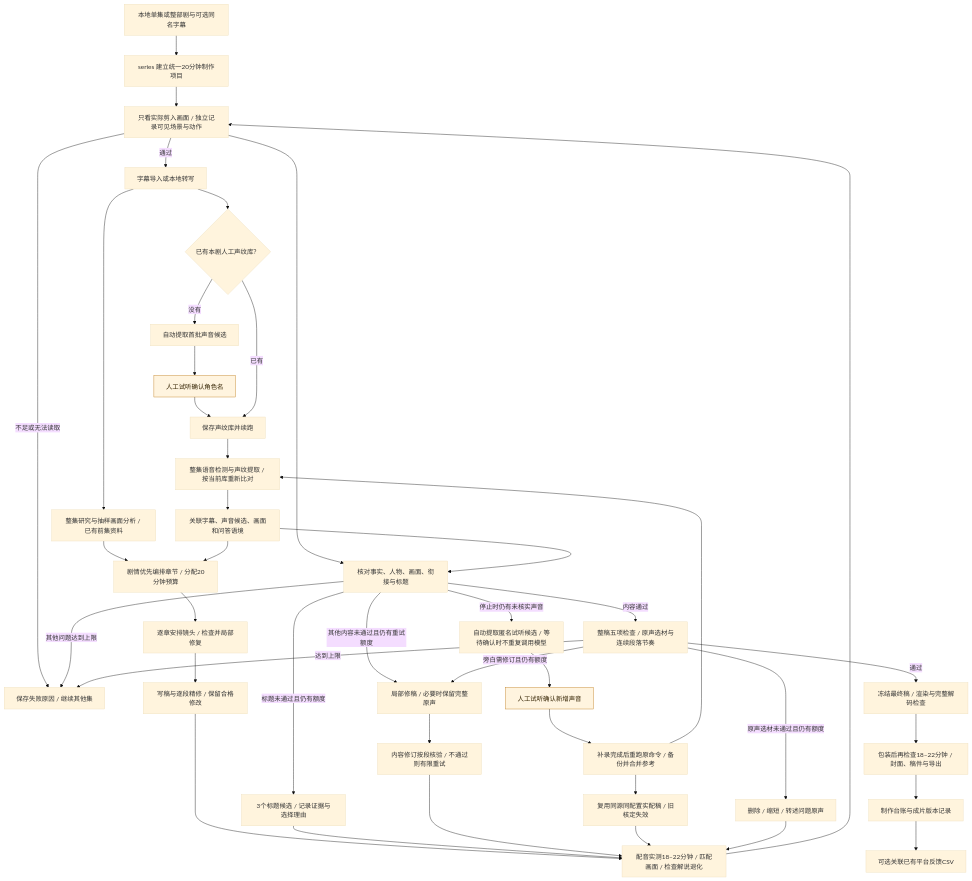
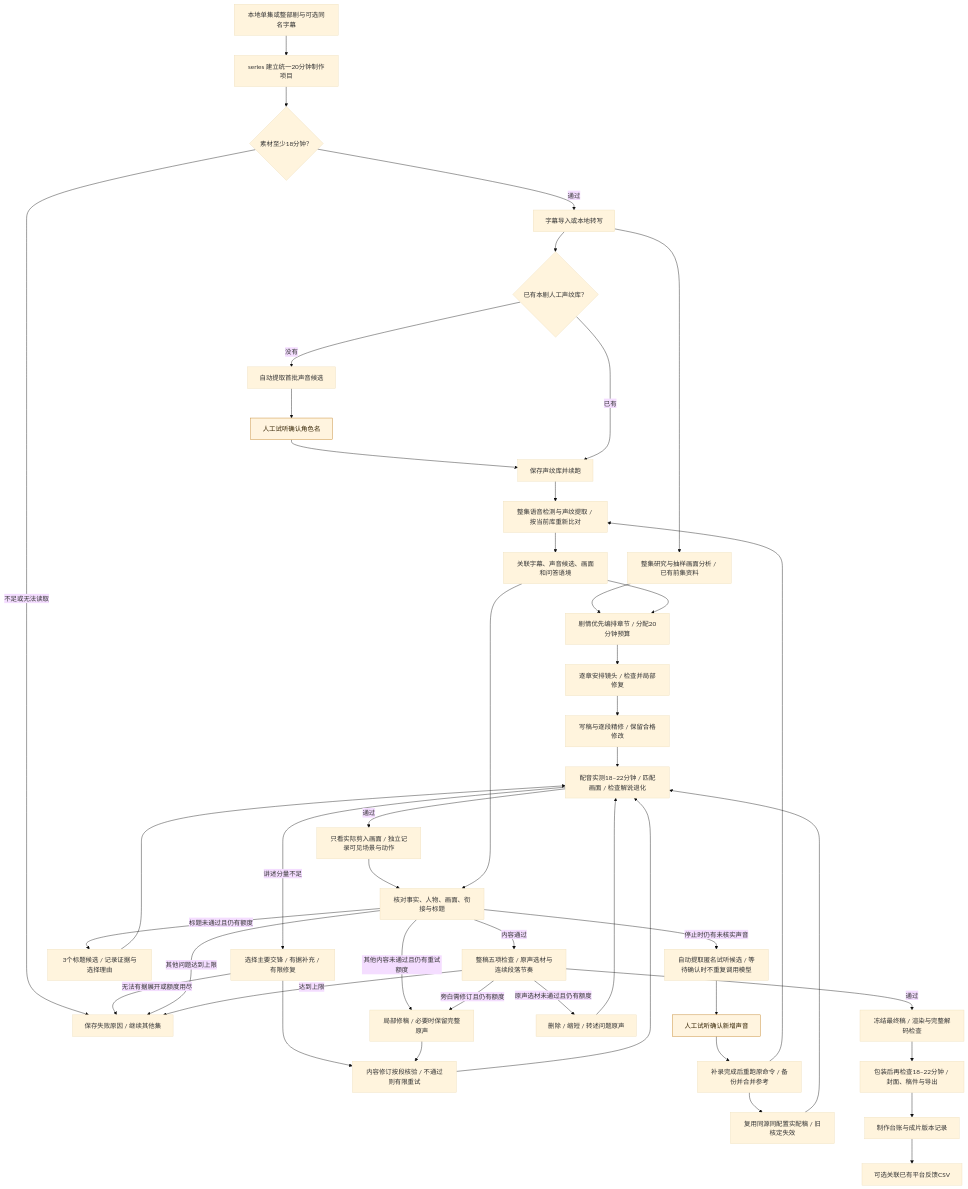
The first of 2 diagrams in README.md (redrain-wang/autoclip1), drawn with Mermaid (base theme) before and after one commit. The commit also changed other lines of this file and 8 other files, not shown here.

````diff
--- a/README.md
+++ b/README.md
@@ -69,46 +69,49 @@
 ```mermaid
 flowchart TD
     A[本地单集或整部剧与可选同名字幕] --> B[series 建立统一20分钟制作项目]
-    B --> V{素材至少18分钟？}
-    V -->|不足或无法读取| Q[保存失败原因 / 继续其他集]
-    V -->|通过| C[字幕导入或本地转写]
+    B --> SRC{素材至少18分钟？}
+    SRC -->|不足或无法读取| Q[保存失败原因 / 继续其他集]
+    SRC -->|通过| C[字幕导入或本地转写]
     C --> D{已有本剧人工声纹库？}
     D -->|没有| E[自动提取首批声音候选]
     E --> F[人工试听确认角色名]
     F --> G[保存声纹库并续跑]
     D -->|已有| G
     G --> H[整集语音检测与声纹提取 / 按当前库重新比对]
     H --> I[关联字幕、声音候选、画面和问答语境]
     C --> J[整集研究与抽样画面分析 / 已有前集资料]
     J --> K[剧情优先编排章节 / 分配20分钟预算]
     I --> K
     K --> L[逐章安排镜头 / 检查并局部修复]
     L --> M[写稿与逐段精修 / 保留合格修改]
     M --> N[配音实测18–22分钟 / 匹配画面 / 检查解说退化]
-    N --> V[只看实际剪入画面 / 独立记录可见场景与动作]
-    V --> O[核对事实、人物、画面、衔接与标题]
+    N -->|讲述分量不足| CB[选择主要交锋 / 有据补充 / 有限修复]
+    CB --> U
+    CB -->|无法有据展开或额度用尽| Q
+    N -->|通过| VIS[只看实际剪入画面 / 独立记录可见场景与动作]
+    VIS --> O[核对事实、人物、画面、衔接与标题]
     I --> O
     O -->|标题未通过且仍有额度| TT[3个标题候选 / 记录证据与选择理由]
     TT --> N
     O -->|其他内容未通过且仍有重试额度| P[局部修稿 / 必要时保留完整原声]
     P --> U[内容修订按段核验 / 不通过则有限重试]
     U --> N
     O -->|停止时仍有未核实声音| W[自动提取匿名试听候选 / 等待确认时不重复调用模型]
     W --> Z[人工试听确认新增声音]
     Z --> X[补录完成后重跑原命令 / 备份并合并参考]
     X --> H
     X --> Y[复用同源同配置实配稿 / 旧核定失效]
     Y --> N
     O -->|其他问题达到上限| Q
     O -->|内容通过| QD[整稿五项检查 / 原声选材与连续段落节奏]
     QD -->|旁白需修订且仍有额度| P
     QD -->|原声选材未通过且仍有额度| QS[删除 / 缩短 / 转述问题原声]
     QS --> N
     QD -->|达到上限| Q
     QD -->|通过| R[冻结最终稿 / 渲染与完整解码检查]
     R --> S[包装后再检查18–22分钟 / 封面、稿件与导出]
     S --> T[制作台账与成片版本记录]
     T --> FB[可选关联已有平台反馈CSV]
     classDef human fill:#fff4df,stroke:#bd7a17,color:#332200
     class F,Z human
 ```
````
